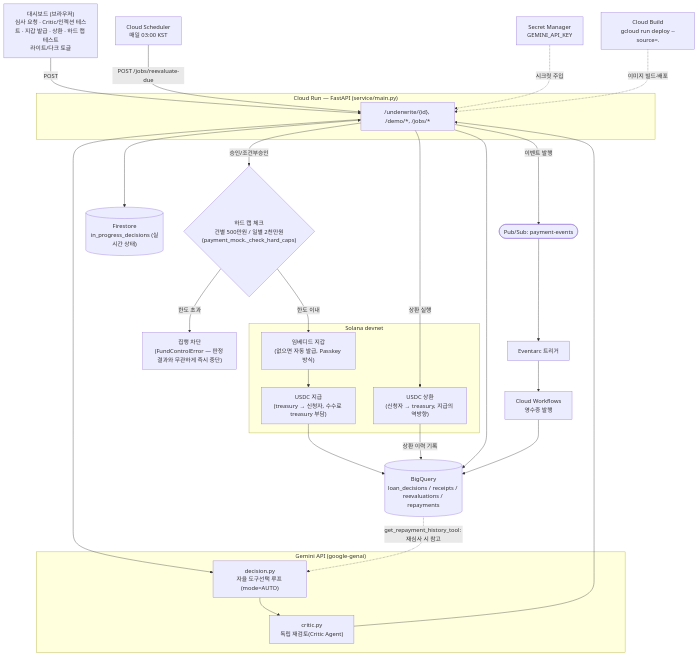
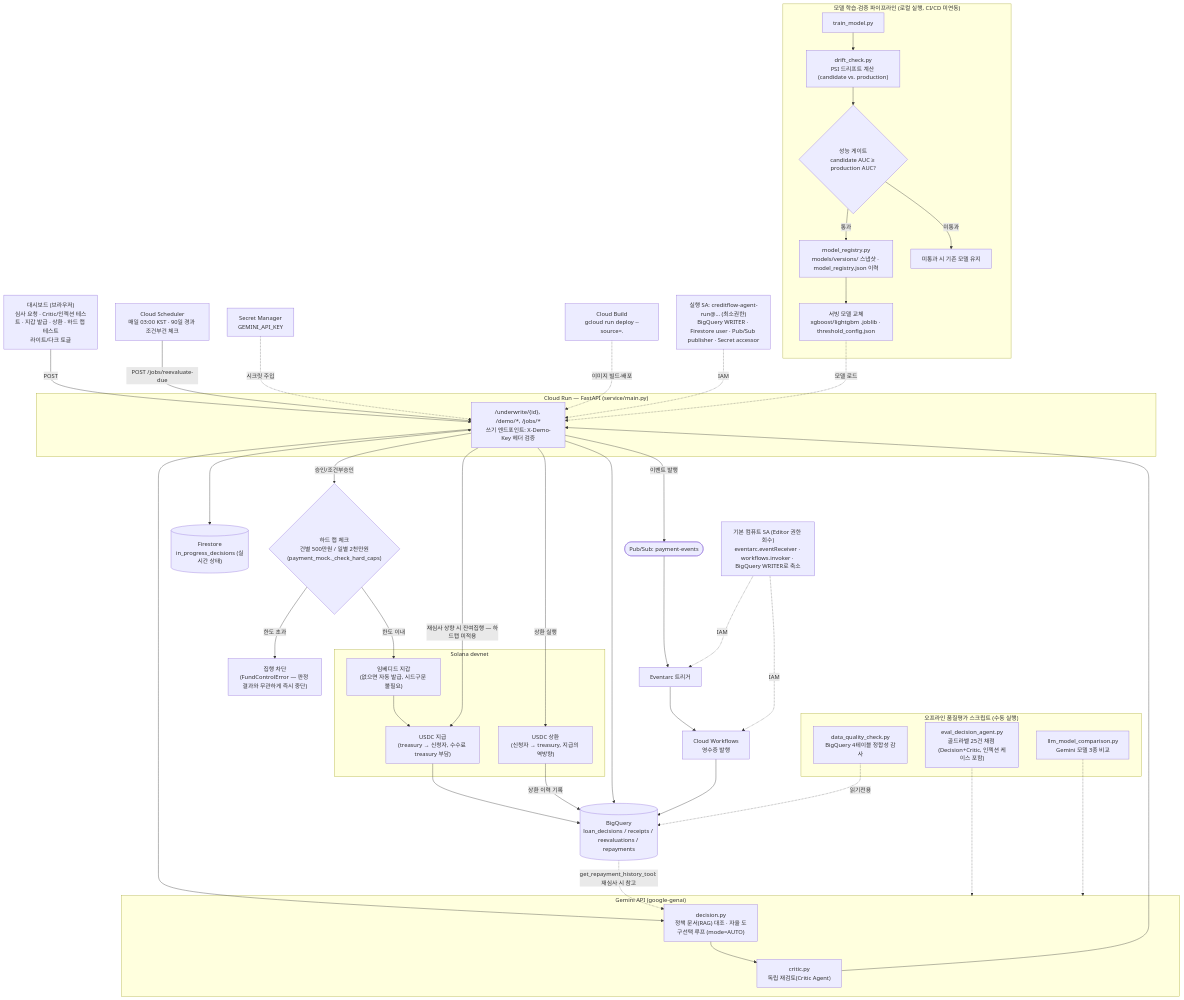
One commit to sujin-1015/creditflow-ai-agent changed the diagram in README.md. Above: the diagram before and after it, drawn with Mermaid. The commit also changed 2 other files, not shown here.

Commit message:
Fix eval case breakdown (13+12=25) and sync docs with MLOps/QA/IAM additions
genai_quality_evaluation.md listed per-type counts summing to 20 against a
25-case total because five pre-existing cases were left out. Replace the list
with source-wise (8 clean + 4 noisy + 1 injected existing, 12 new) and
type-wise (no-adjust 8, downgrade 4, upgrade 3, quant-reject 3, injection 3,
ambiguous 4) tables that reconcile with the n=21 / n=13 metric denominators.

README and architecture.mmd: correct "gold label 20" to 25 and include the
MLOps pipeline, offline QA scripts, and IAM service accounts.

````diff
--- a/README.md
+++ b/README.md
@@ -114,49 +114,77 @@
 ```mermaid
 flowchart TB
     Browser["대시보드 (브라우저)<br/>심사 요청 · Critic/인젝션 테스트 · 지갑 발급 · 상환 · 하드 캡 테스트<br/>라이트/다크 토글"]
 
     subgraph Run["Cloud Run — FastAPI (service/main.py)"]
-        API["/underwrite/{id}, /demo/*, /jobs/*"]
+        API["/underwrite/{id}, /demo/*, /jobs/*<br/>쓰기 엔드포인트: X-Demo-Key 헤더 검증"]
     end
+    RunSA["실행 SA: creditflow-agent-run@... (최소권한)<br/>BigQuery WRITER · Firestore user · Pub/Sub publisher · Secret accessor"]
 
     subgraph AI["Gemini API (google-genai)"]
-        Decision["decision.py<br/>자율 도구선택 루프 (mode=AUTO)"]
+        Decision["decision.py<br/>정책 문서(RAG) 대조 · 자율 도구선택 루프 (mode=AUTO)"]
         Critic["critic.py<br/>독립 재검토(Critic Agent)"]
     end
 
     HardCap{"하드 캡 체크<br/>건별 500만원 / 일별 2천만원<br/>(payment_mock._check_hard_caps)"}
     Blocked["집행 차단<br/>(FundControlError — 판정 결과와 무관하게 즉시 중단)"]
 
     subgraph Chain["Solana devnet"]
-        Wallet["임베디드 지갑<br/>(없으면 자동 발급, Passkey 방식)"]
+        Wallet["임베디드 지갑<br/>(없으면 자동 발급, 시드구문 불필요)"]
         Transfer["USDC 지급<br/>(treasury → 신청자, 수수료 treasury 부담)"]
         Repay["USDC 상환<br/>(신청자 → treasury, 지급의 역방향)"]
     end
 
     BQ[("BigQuery<br/>loan_decisions / receipts / reevaluations / repayments")]
     FS[("Firestore<br/>in_progress_decisions (실시간 상태)")]
     PS(["Pub/Sub: payment-events"])
     EA["Eventarc 트리거"]
     WF["Cloud Workflows<br/>영수증 발행"]
-    SCH["Cloud Scheduler<br/>매일 03:00 KST"]
+    SCH["Cloud Scheduler<br/>매일 03:00 KST · 90일 경과 조건부건 체크"]
     SM["Secret Manager<br/>GEMINI_API_KEY"]
     CB["Cloud Build<br/>gcloud run deploy --source=."]
+    EventSA["기본 컴퓨트 SA (Editor 권한 회수)<br/>eventarc.eventReceiver · workflows.invoker · BigQuery WRITER로 축소"]
 
     Browser -->|POST| API
     API <--> FS
     API --> Decision --> Critic
     Critic --> API
     API -->|승인/조건부승인| HardCap
     HardCap -->|한도 이내| Wallet --> Transfer
     HardCap -->|한도 초과| Blocked
     API -->|상환 실행| Repay
+    API -->|재심사 상향 시 잔여집행 — 하드캡 미적용| Transfer
     Transfer --> BQ
     Repay -->|상환 이력 기록| BQ
     BQ -.->|get_repayment_history_tool: 재심사 시 참고| Decision
     API --> BQ
     API -->|이벤트 발행| PS --> EA --> WF --> BQ
     SCH -->|POST /jobs/reevaluate-due| API
 
     SM -.->|시크릿 주입| API
     CB -.->|이미지 빌드·배포| API
+    RunSA -.->|IAM| API
+    EventSA -.->|IAM| EA
+    EventSA -.->|IAM| WF
+
+    subgraph MLOps["모델 학습·검증 파이프라인 (로컬 실행, CI/CD 미연동)"]
+        Train["train_model.py"]
+        Drift["drift_check.py<br/>PSI 드리프트 계산 (candidate vs. production)"]
+        Gate{"성능 게이트<br/>candidate AUC ≥ production AUC?"}
+        Registry["model_registry.py<br/>models/versions/ 스냅샷 · model_registry.json 이력"]
+        ServingModel["서빙 모델 교체<br/>xgboost/lightgbm .joblib · threshold_config.json"]
+        Keep["미통과 시 기존 모델 유지"]
+        Train --> Drift --> Gate
+        Gate -->|통과| Registry --> ServingModel
+        Gate -->|미통과| Keep
+    end
+    ServingModel -.->|모델 로드| API
+
+    subgraph QA["오프라인 품질평가 스크립트 (수동 실행)"]
+        EvalAgent["eval_decision_agent.py<br/>골드라벨 25건 채점 (Decision+Critic, 인젝션 케이스 포함)"]
+        LLMCompare["llm_model_comparison.py<br/>Gemini 모델 3종 비교"]
+        DataQuality["data_quality_check.py<br/>BigQuery 4테이블 정합성 감사"]
+    end
+    EvalAgent -.-> AI
+    LLMCompare -.-> AI
+    DataQuality -.->|읽기전용| BQ
 ```
````
